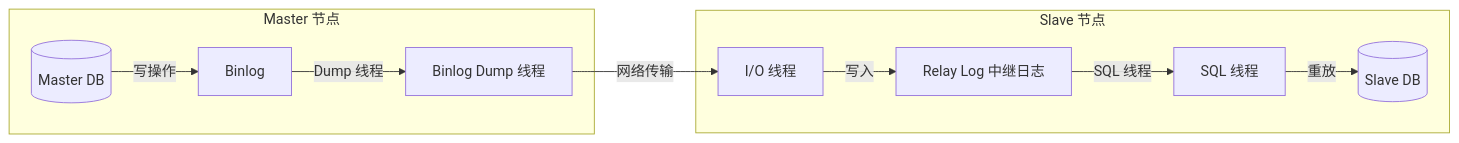
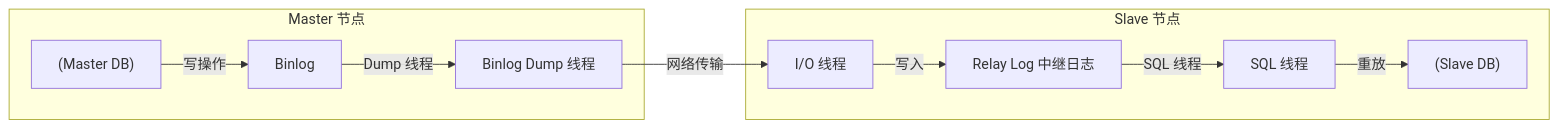
One commit to Aiden-Coding/AiDocs changed the fifth of 5 diagrams in docs/database/mysql/core/3-logs-replication.md. Above: the diagram before and after it, drawn with Mermaid. The commit also changed other lines of this file and 97 other files, not shown here.

````diff
--- a/docs/database/mysql/core/3-logs-replication.md
+++ b/docs/database/mysql/core/3-logs-replication.md
@@ -169,13 +169,13 @@
 ```mermaid
 graph LR
     subgraph "Master 节点"
-        M_DB[(Master DB)] -->|写操作| M_Bin[Binlog]
+        M_DB["(Master DB)"] -->|写操作| M_Bin[Binlog]
         M_Bin -->|Dump 线程| Dump[Binlog Dump 线程]
     end
     subgraph "Slave 节点"
-        Dump -->|网络传输| IO[I/O 线程]
+        Dump -->|网络传输| IO["I/O 线程"]
         IO -->|写入| Relay[Relay Log 中继日志]
         Relay -->|SQL 线程| SQL[SQL 线程]
-        SQL -->|重放| S_DB[(Slave DB)]
+        SQL -->|重放| S_DB["(Slave DB)"]
     end
 ```
````
